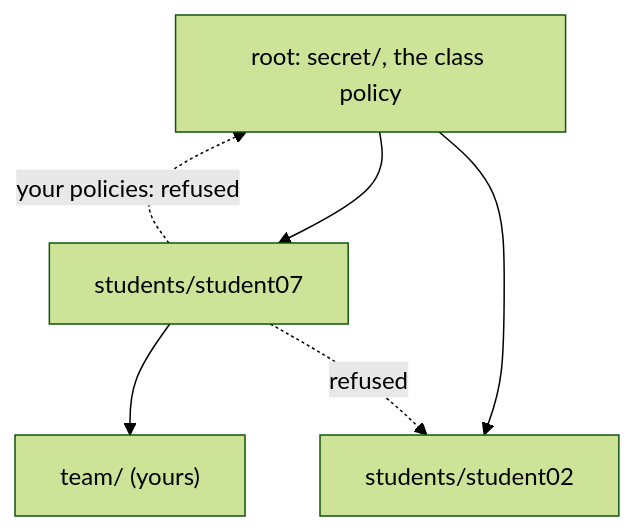
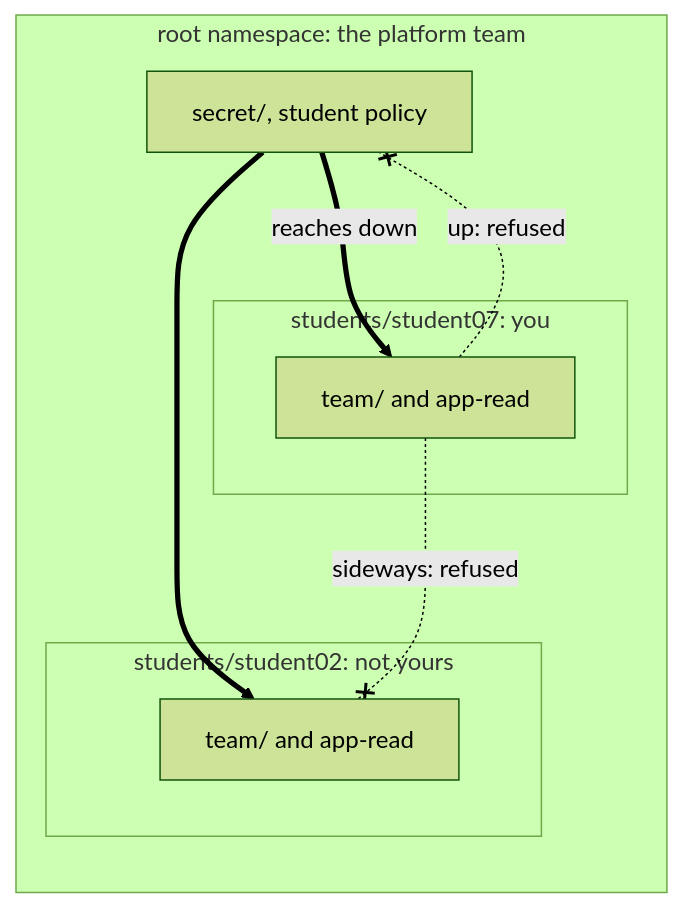
The tenth of 22 diagrams in workshops/vault-fundamentals/content/slides/presentation.md (fiddler110/GitOps_Dojo), drawn with Mermaid (forest theme) before and after one commit. The commit also changed other lines of this file and 6 other files, not shown here.

Commit message:
vault-fundamentals: rework labs 3-6 and the talk for flow

```diff
--- a/workshops/vault-fundamentals/content/slides/presentation.md
+++ b/workshops/vault-fundamentals/content/slides/presentation.md
@@ -709,8 +719,17 @@
 <div class="mermaid">
 flowchart TB
-  root["root: secret/, the class policy"] --> n7["students/student07"]
-  root --> n2["students/student02"]
-  n7 --> team["team/ (yours)"]
-  n7 -. "your policies: refused" .-> root
-  n7 -. "refused" .-> n2
+  subgraph root["root namespace: the platform team"]
+    direction TB
+    rp["secret/, student policy"]
+    subgraph n7["students/student07: you"]
+      p7["team/ and app-read"]
+    end
+    subgraph n2["students/student02: not yours"]
+      p2["team/ and app-read"]
+    end
+    rp ==>|"reaches down"| p7
+    rp ==> p2
+    p7 -.-x|"up: refused"| rp
+    p7 -.-x|"sideways: refused"| p2
+  end
 </div>
```
